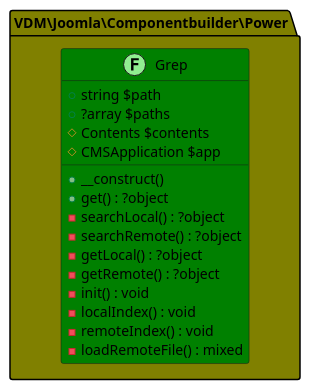
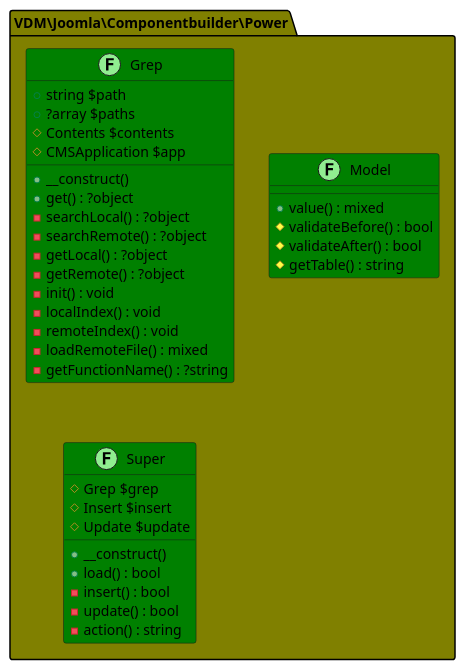
Before and after one commit to joomengine/jcb-compiler: the third of 34 diagrams in README.md, drawn with PlantUML. The commit also changed other lines of this file and 65 other files, not shown here.

````diff
--- a/README.md
+++ b/README.md
@@ -528,27 +539,46 @@
 ```uml
 @startuml
 
 namespace VDM\Joomla\Componentbuilder\Power #Olive {
 
 
   class Grep << (F,LightGreen) >> #Green {
     + string $path
     + ?array $paths
     # Contents $contents
     # CMSApplication $app
     + __construct()
     + get() : ?object
     - searchLocal() : ?object
     - searchRemote() : ?object
     - getLocal() : ?object
     - getRemote() : ?object
     - init() : void
     - localIndex() : void
     - remoteIndex() : void
     - loadRemoteFile() : mixed
+    - getFunctionName() : ?string
+  }
+
+  class Model << (F,LightGreen) >> #Green {
+    + value() : mixed
+    # validateBefore() : bool
+    # validateAfter() : bool
+    # getTable() : string
+  }
+
+  class Super << (F,LightGreen) >> #Green {
+    # Grep $grep
+    # Insert $insert
+    # Update $update
+    + __construct()
+    + load() : bool
+    - insert() : bool
+    - update() : bool
+    - action() : string
   }
 }
 
 
 @enduml
 ```
````
